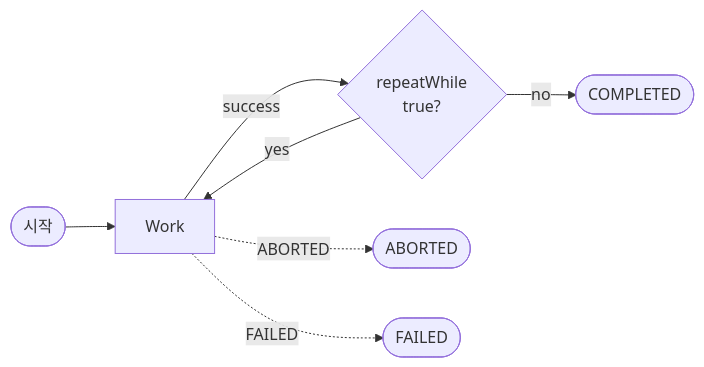
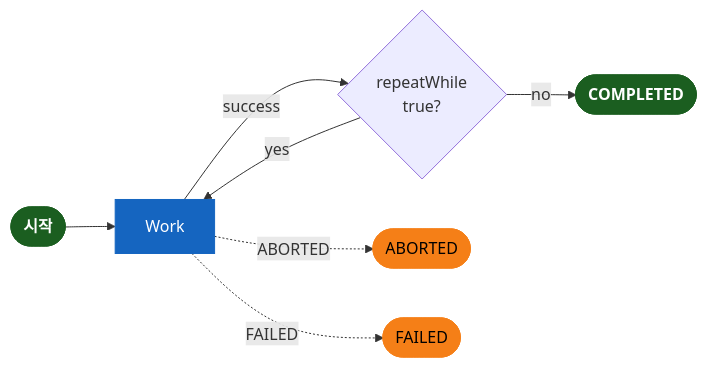
The seventh of 8 diagrams in utils/workflow/README.ko.md (bluetape4k/bluetape4k-projects), drawn with Mermaid before and after one commit. The commit also changed other lines of this file and 221 other files, not shown here.

First line of the commit message:
docs: 전체 모듈 README UML 다이어그램 보강 및 색상 업그레이드

````diff
--- a/utils/workflow/README.ko.md
+++ b/utils/workflow/README.ko.md
@@ -238,9 +279,17 @@
 ```mermaid
 flowchart LR
     S([시작]) --> W[Work]
     W -->|success| C{repeatWhile\ntrue?}
     C -->|yes| W
     C -->|no| E([COMPLETED])
     W -. ABORTED .-> A([ABORTED])
     W -. FAILED .-> F([FAILED])
+
+    classDef coreStyle fill:#1B5E20,stroke:#1B5E20,color:#FFFFFF,font-weight:bold
+    classDef serviceStyle fill:#1565C0,stroke:#1565C0,color:#FFFFFF
+    classDef dataStyle fill:#F57F17,stroke:#F57F17,color:#000000
+
+    class W serviceStyle
+    class S,E coreStyle
+    class A,F dataStyle
 ```
````
